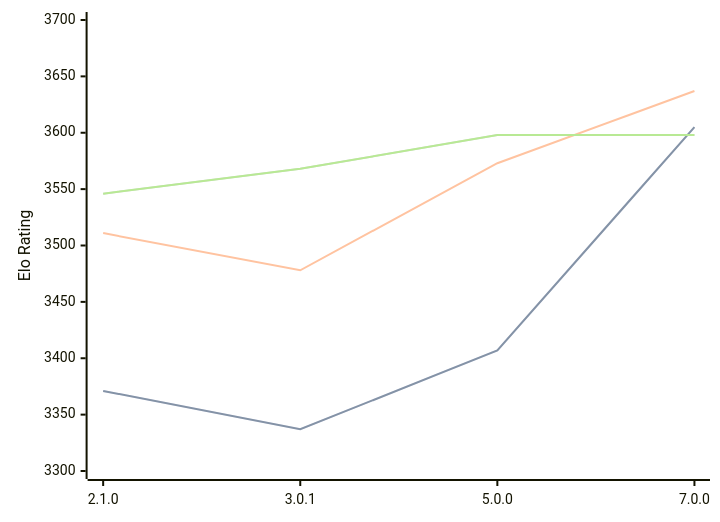
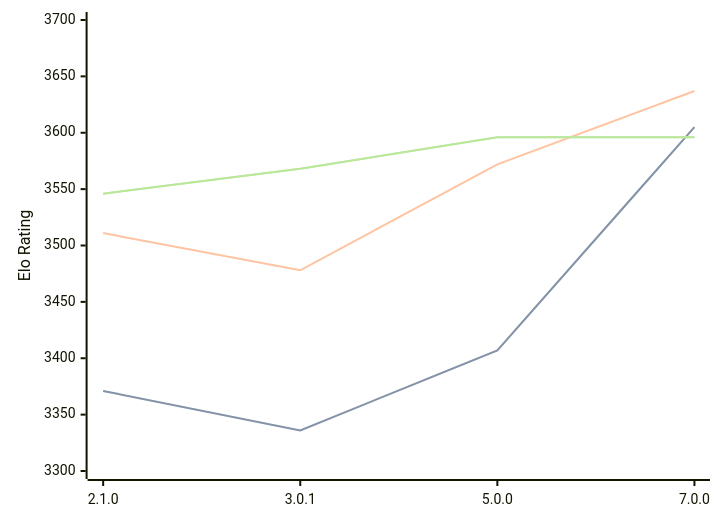
The diagram in engines/PlentyChess.md (computer-chess-index/cci), drawn with Mermaid before and after one commit. The commit also changed other lines of this file, not shown here.

Commit message:
Update CCI Ratings (ELO VLTC) - 2026-03-03

````diff
--- a/engines/PlentyChess.md
+++ b/engines/PlentyChess.md
@@ -43,11 +43,11 @@
 ```mermaid
 %%{init: {"theme":"base","themeVariables":{"seriesColors:['#a3a3a3','#222221','#faa371']}}}%%
 xychart-beta
   x-axis ["2.1.0", "3.0.1", "5.0.0", "7.0.0"]
   y-axis "Elo Rating" 3300 --> 3700
-  line "STC (8.0+0.08s)" [3371, 3337, 3407, 3605]
-  line "STC (8.0+0.08s)" [3371, 3337, 3407, 3605]
-  line "LTC (60.0+0.60s)" [3511, 3478, 3573, 3637]
-  line "VLTC (2m24s+1.12s)" [3546, 3568, 3598, 3598]
-  line "VLTC (2m24s+1.12s)" [3546, 3568, 3598, 3598]
+  line "STC (8.0+0.08s)" [3371, 3336, 3407, 3605]
+  line "STC (8.0+0.08s)" [3371, 3336, 3407, 3605]
+  line "LTC (60.0+0.60s)" [3511, 3478, 3572, 3637]
+  line "VLTC (2m24s+1.12s)" [3546, 3568, 3596, 3596]
+  line "VLTC (2m24s+1.12s)" [3546, 3568, 3596, 3596]
 ```
````
